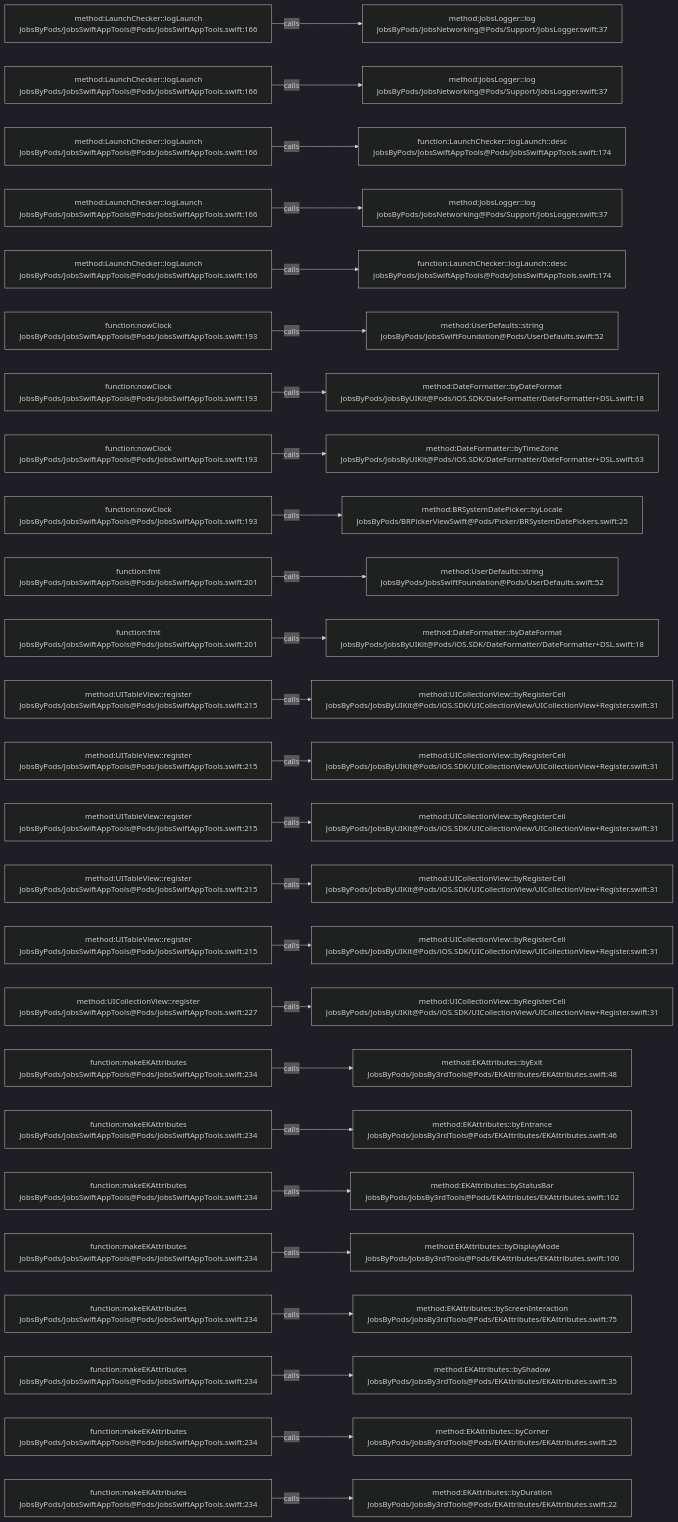
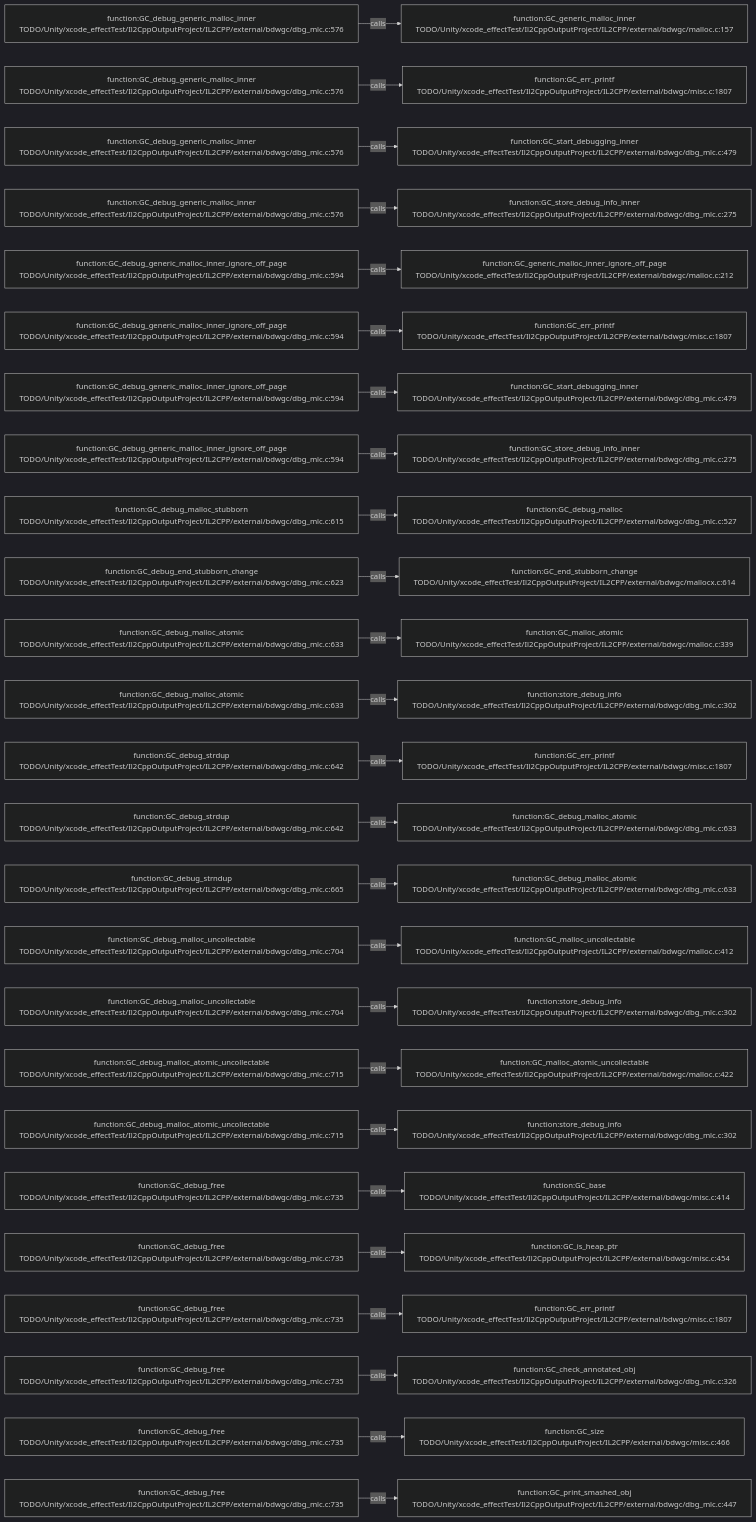
One commit to JobsKits/JobsSwiftBaseConfigDemo changed the diagram in .codegraph/codegraph.md/graphs/calls-167.md. Above: the diagram before and after it, drawn with Mermaid (dark theme). The commit also changed 569 other files, not shown here.

````diff
--- a/.codegraph/codegraph.md/graphs/calls-167.md
+++ b/.codegraph/codegraph.md/graphs/calls-167.md
@@ -13,78 +13,78 @@
 ```mermaid
 flowchart LR
-  S1["method:LaunchChecker::logLaunch<br/>JobsByPods/JobsSwiftAppTools@Pods/JobsSwiftAppTools.swift:166"]
-  T1["method:JobsLogger::log<br/>JobsByPods/JobsNetworking@Pods/Support/JobsLogger.swift:37"]
+  S1["function:GC_debug_generic_malloc_inner<br/>TODO/Unity/xcode_effectTest/Il2CppOutputProject/IL2CPP/external/bdwgc/dbg_mlc.c:576"]
+  T1["function:GC_generic_malloc_inner<br/>TODO/Unity/xcode_effectTest/Il2CppOutputProject/IL2CPP/external/bdwgc/malloc.c:157"]
   S1 -->|calls| T1
-  S2["method:LaunchChecker::logLaunch<br/>JobsByPods/JobsSwiftAppTools@Pods/JobsSwiftAppTools.swift:166"]
-  T2["method:JobsLogger::log<br/>JobsByPods/JobsNetworking@Pods/Support/JobsLogger.swift:37"]
+  S2["function:GC_debug_generic_malloc_inner<br/>TODO/Unity/xcode_effectTest/Il2CppOutputProject/IL2CPP/external/bdwgc/dbg_mlc.c:576"]
+  T2["function:GC_err_printf<br/>TODO/Unity/xcode_effectTest/Il2CppOutputProject/IL2CPP/external/bdwgc/misc.c:1807"]
   S2 -->|calls| T2
-  S3["method:LaunchChecker::logLaunch<br/>JobsByPods/JobsSwiftAppTools@Pods/JobsSwiftAppTools.swift:166"]
-  T3["function:LaunchChecker::logLaunch::desc<br/>JobsByPods/JobsSwiftAppTools@Pods/JobsSwiftAppTools.swift:174"]
+  S3["function:GC_debug_generic_malloc_inner<br/>TODO/Unity/xcode_effectTest/Il2CppOutputProject/IL2CPP/external/bdwgc/dbg_mlc.c:576"]
+  T3["function:GC_start_debugging_inner<br/>TODO/Unity/xcode_effectTest/Il2CppOutputProject/IL2CPP/external/bdwgc/dbg_mlc.c:479"]
   S3 -->|calls| T3
-  S4["method:LaunchChecker::logLaunch<br/>JobsByPods/JobsSwiftAppTools@Pods/JobsSwiftAppTools.swift:166"]
-  T4["method:JobsLogger::log<br/>JobsByPods/JobsNetworking@Pods/Support/JobsLogger.swift:37"]
+  S4["function:GC_debug_generic_malloc_inner<br/>TODO/Unity/xcode_effectTest/Il2CppOutputProject/IL2CPP/external/bdwgc/dbg_mlc.c:576"]
+  T4["function:GC_store_debug_info_inner<br/>TODO/Unity/xcode_effectTest/Il2CppOutputProject/IL2CPP/external/bdwgc/dbg_mlc.c:275"]
   S4 -->|calls| T4
-  S5["method:LaunchChecker::logLaunch<br/>JobsByPods/JobsSwiftAppTools@Pods/JobsSwiftAppTools.swift:166"]
-  T5["function:LaunchChecker::logLaunch::desc<br/>JobsByPods/JobsSwiftAppTools@Pods/JobsSwiftAppTools.swift:174"]
+  S5["function:GC_debug_generic_malloc_inner_ignore_off_page<br/>TODO/Unity/xcode_effectTest/Il2CppOutputProject/IL2CPP/external/bdwgc/dbg_mlc.c:594"]
+  T5["function:GC_generic_malloc_inner_ignore_off_page<br/>TODO/Unity/xcode_effectTest/Il2CppOutputProject/IL2CPP/external/bdwgc/malloc.c:212"]
   S5 -->|calls| T5
-  S6["function:nowClock<br/>JobsByPods/JobsSwiftAppTools@Pods/JobsSwiftAppTools.swift:193"]
-  T6["method:UserDefaults::string<br/>JobsByPods/JobsSwiftFoundation@Pods/UserDefaults.swift:52"]
+  S6["function:GC_debug_generic_malloc_inner_ignore_off_page<br/>TODO/Unity/xcode_effectTest/Il2CppOutputProject/IL2CPP/external/bdwgc/dbg_mlc.c:594"]
+  T6["function:GC_err_printf<br/>TODO/Unity/xcode_effectTest/Il2CppOutputProject/IL2CPP/external/bdwgc/misc.c:1807"]
   S6 -->|calls| T6
-  S7["function:nowClock<br/>JobsByPods/JobsSwiftAppTools@Pods/JobsSwiftAppTools.swift:193"]
-  T7["method:DateFormatter::byDateFormat<br/>JobsByPods/JobsByUIKit@Pods/iOS.SDK/DateFormatter/DateFormatter+DSL.swift:18"]
+  S7["function:GC_debug_generic_malloc_inner_ignore_off_page<br/>TODO/Unity/xcode_effectTest/Il2CppOutputProject/IL2CPP/external/bdwgc/dbg_mlc.c:594"]
+  T7["function:GC_start_debugging_inner<br/>TODO/Unity/xcode_effectTest/Il2CppOutputProject/IL2CPP/external/bdwgc/dbg_mlc.c:479"]
   S7 -->|calls| T7
-  S8["function:nowClock<br/>JobsByPods/JobsSwiftAppTools@Pods/JobsSwiftAppTools.swift:193"]
-  T8["method:DateFormatter::byTimeZone<br/>JobsByPods/JobsByUIKit@Pods/iOS.SDK/DateFormatter/DateFormatter+DSL.swift:63"]
+  S8["function:GC_debug_generic_malloc_inner_ignore_off_page<br/>TODO/Unity/xcode_effectTest/Il2CppOutputProject/IL2CPP/external/bdwgc/dbg_mlc.c:594"]
+  T8["function:GC_store_debug_info_inner<br/>TODO/Unity/xcode_effectTest/Il2CppOutputProject/IL2CPP/external/bdwgc/dbg_mlc.c:275"]
   S8 -->|calls| T8
-  S9["function:nowClock<br/>JobsByPods/JobsSwiftAppTools@Pods/JobsSwiftAppTools.swift:193"]
-  T9["method:BRSystemDatePicker::byLocale<br/>JobsByPods/BRPickerViewSwift@Pods/Picker/BRSystemDatePickers.swift:25"]
+  S9["function:GC_debug_malloc_stubborn<br/>TODO/Unity/xcode_effectTest/Il2CppOutputProject/IL2CPP/external/bdwgc/dbg_mlc.c:615"]
+  T9["function:GC_debug_malloc<br/>TODO/Unity/xcode_effectTest/Il2CppOutputProject/IL2CPP/external/bdwgc/dbg_mlc.c:527"]
   S9 -->|calls| T9
-  S10["function:fmt<br/>JobsByPods/JobsSwiftAppTools@Pods/JobsSwiftAppTools.swift:201"]
-  T10["method:UserDefaults::string<br/>JobsByPods/JobsSwiftFoundation@Pods/UserDefaults.swift:52"]
+  S10["function:GC_debug_end_stubborn_change<br/>TODO/Unity/xcode_effectTest/Il2CppOutputProject/IL2CPP/external/bdwgc/dbg_mlc.c:623"]
+  T10["function:GC_end_stubborn_change<br/>TODO/Unity/xcode_effectTest/Il2CppOutputProject/IL2CPP/external/bdwgc/mallocx.c:614"]
   S10 -->|calls| T10
-  S11["function:fmt<br/>JobsByPods/JobsSwiftAppTools@Pods/JobsSwiftAppTools.swift:201"]
-  T11["method:DateFormatter::byDateFormat<br/>JobsByPods/JobsByUIKit@Pods/iOS.SDK/DateFormatter/DateFormatter+DSL.swift:18"]
+  S11["function:GC_debug_malloc_atomic<br/>TODO/Unity/xcode_effectTest/Il2CppOutputProject/IL2CPP/external/bdwgc/dbg_mlc.c:633"]
+  T11["function:GC_malloc_atomic<br/>TODO/Unity/xcode_effectTest/Il2CppOutputProject/IL2CPP/external/bdwgc/malloc.c:339"]
   S11 -->|calls| T11
-  S12["method:UITableView::register<br/>JobsByPods/JobsSwiftAppTools@Pods/JobsSwiftAppTools.swift:215"]
-  T12["method:UICollectionView::byRegisterCell<br/>JobsByPods/JobsByUIKit@Pods/iOS.SDK/UICollectionView/UICollectionView+Register.swift:31"]
+  S12["function:GC_debug_malloc_atomic<br/>TODO/Unity/xcode_effectTest/Il2CppOutputProject/IL2CPP/external/bdwgc/dbg_mlc.c:633"]
+  T12["function:store_debug_info<br/>TODO/Unity/xcode_effectTest/Il2CppOutputProject/IL2CPP/external/bdwgc/dbg_mlc.c:302"]
   S12 -->|calls| T12
-  S13["method:UITableView::register<br/>JobsByPods/JobsSwiftAppTools@Pods/JobsSwiftAppTools.swift:215"]
-  T13["method:UICollectionView::byRegisterCell<br/>JobsByPods/JobsByUIKit@Pods/iOS.SDK/UICollectionView/UICollectionView+Register.swift:31"]
+  S13["function:GC_debug_strdup<br/>TODO/Unity/xcode_effectTest/Il2CppOutputProject/IL2CPP/external/bdwgc/dbg_mlc.c:642"]
+  T13["function:GC_err_printf<br/>TODO/Unity/xcode_effectTest/Il2CppOutputProject/IL2CPP/external/bdwgc/misc.c:1807"]
   S13 -->|calls| T13
-  S14["method:UITableView::register<br/>JobsByPods/JobsSwiftAppTools@Pods/JobsSwiftAppTools.swift:215"]
-  T14["method:UICollectionView::byRegisterCell<br/>JobsByPods/JobsByUIKit@Pods/iOS.SDK/UICollectionView/UICollectionView+Register.swift:31"]
+  S14["function:GC_debug_strdup<br/>TODO/Unity/xcode_effectTest/Il2CppOutputProject/IL2CPP/external/bdwgc/dbg_mlc.c:642"]
+  T14["function:GC_debug_malloc_atomic<br/>TODO/Unity/xcode_effectTest/Il2CppOutputProject/IL2CPP/external/bdwgc/dbg_mlc.c:633"]
   S14 -->|calls| T14
-  S15["method:UITableView::register<br/>JobsByPods/JobsSwiftAppTools@Pods/JobsSwiftAppTools.swift:215"]
-  T15["method:UICollectionView::byRegisterCell<br/>JobsByPods/JobsByUIKit@Pods/iOS.SDK/UICollectionView/UICollectionView+Register.swift:31"]
+  S15["function:GC_debug_strndup<br/>TODO/Unity/xcode_effectTest/Il2CppOutputProject/IL2CPP/external/bdwgc/dbg_mlc.c:665"]
+  T15["function:GC_debug_malloc_atomic<br/>TODO/Unity/xcode_effectTest/Il2CppOutputProject/IL2CPP/external/bdwgc/dbg_mlc.c:633"]
   S15 -->|calls| T15
-  S16["method:UITableView::register<br/>JobsByPods/JobsSwiftAppTools@Pods/JobsSwiftAppTools.swift:215"]
-  T16["method:UICollectionView::byRegisterCell<br/>JobsByPods/JobsByUIKit@Pods/iOS.SDK/UICollectionView/UICollectionView+Register.swift:31"]
+  S16["function:GC_debug_malloc_uncollectable<br/>TODO/Unity/xcode_effectTest/Il2CppOutputProject/IL2CPP/external/bdwgc/dbg_mlc.c:704"]
+  T16["function:GC_malloc_uncollectable<br/>TODO/Unity/xcode_effectTest/Il2CppOutputProject/IL2CPP/external/bdwgc/malloc.c:412"]
   S16 -->|calls| T16
-  S17["method:UICollectionView::register<br/>JobsByPods/JobsSwiftAppTools@Pods/JobsSwiftAppTools.swift:227"]
-  T17["method:UICollectionView::byRegisterCell<br/>JobsByPods/JobsByUIKit@Pods/iOS.SDK/UICollectionView/UICollectionView+Register.swift:31"]
+  S17["function:GC_debug_malloc_uncollectable<br/>TODO/Unity/xcode_effectTest/Il2CppOutputProject/IL2CPP/external/bdwgc/dbg_mlc.c:704"]
+  T17["function:store_debug_info<br/>TODO/Unity/xcode_effectTest/Il2CppOutputProject/IL2CPP/external/bdwgc/dbg_mlc.c:302"]
   S17 -->|calls| T17
-  S18["function:makeEKAttributes<br/>JobsByPods/JobsSwiftAppTools@Pods/JobsSwiftAppTools.swift:234"]
-  T18["method:EKAttributes::byExit<br/>JobsByPods/JobsBy3rdTools@Pods/EKAttributes/EKAttributes.swift:48"]
+  S18["function:GC_debug_malloc_atomic_uncollectable<br/>TODO/Unity/xcode_effectTest/Il2CppOutputProject/IL2CPP/external/bdwgc/dbg_mlc.c:715"]
+  T18["function:GC_malloc_atomic_uncollectable<br/>TODO/Unity/xcode_effectTest/Il2CppOutputProject/IL2CPP/external/bdwgc/malloc.c:422"]
   S18 -->|calls| T18
-  S19["function:makeEKAttributes<br/>JobsByPods/JobsSwiftAppTools@Pods/JobsSwiftAppTools.swift:234"]
-  T19["method:EKAttributes::byEntrance<br/>JobsByPods/JobsBy3rdTools@Pods/EKAttributes/EKAttributes.swift:46"]
+  S19["function:GC_debug_malloc_atomic_uncollectable<br/>TODO/Unity/xcode_effectTest/Il2CppOutputProject/IL2CPP/external/bdwgc/dbg_mlc.c:715"]
+  T19["function:store_debug_info<br/>TODO/Unity/xcode_effectTest/Il2CppOutputProject/IL2CPP/external/bdwgc/dbg_mlc.c:302"]
   S19 -->|calls| T19
-  S20["function:makeEKAttributes<br/>JobsByPods/JobsSwiftAppTools@Pods/JobsSwiftAppTools.swift:234"]
-  T20["method:EKAttributes::byStatusBar<br/>JobsByPods/JobsBy3rdTools@Pods/EKAttributes/EKAttributes.swift:102"]
+  S20["function:GC_debug_free<br/>TODO/Unity/xcode_effectTest/Il2CppOutputProject/IL2CPP/external/bdwgc/dbg_mlc.c:735"]
+  T20["function:GC_base<br/>TODO/Unity/xcode_effectTest/Il2CppOutputProject/IL2CPP/external/bdwgc/misc.c:414"]
   S20 -->|calls| T20
-  S21["function:makeEKAttributes<br/>JobsByPods/JobsSwiftAppTools@Pods/JobsSwiftAppTools.swift:234"]
-  T21["method:EKAttributes::byDisplayMode<br/>JobsByPods/JobsBy3rdTools@Pods/EKAttributes/EKAttributes.swift:100"]
+  S21["function:GC_debug_free<br/>TODO/Unity/xcode_effectTest/Il2CppOutputProject/IL2CPP/external/bdwgc/dbg_mlc.c:735"]
+  T21["function:GC_is_heap_ptr<br/>TODO/Unity/xcode_effectTest/Il2CppOutputProject/IL2CPP/external/bdwgc/misc.c:454"]
   S21 -->|calls| T21
-  S22["function:makeEKAttributes<br/>JobsByPods/JobsSwiftAppTools@Pods/JobsSwiftAppTools.swift:234"]
-  T22["method:EKAttributes::byScreenInteraction<br/>JobsByPods/JobsBy3rdTools@Pods/EKAttributes/EKAttributes.swift:75"]
+  S22["function:GC_debug_free<br/>TODO/Unity/xcode_effectTest/Il2CppOutputProject/IL2CPP/external/bdwgc/dbg_mlc.c:735"]
+  T22["function:GC_err_printf<br/>TODO/Unity/xcode_effectTest/Il2CppOutputProject/IL2CPP/external/bdwgc/misc.c:1807"]
   S22 -->|calls| T22
-  S23["function:makeEKAttributes<br/>JobsByPods/JobsSwiftAppTools@Pods/JobsSwiftAppTools.swift:234"]
-  T23["method:EKAttributes::byShadow<br/>JobsByPods/JobsBy3rdTools@Pods/EKAttributes/EKAttributes.swift:35"]
+  S23["function:GC_debug_free<br/>TODO/Unity/xcode_effectTest/Il2CppOutputProject/IL2CPP/external/bdwgc/dbg_mlc.c:735"]
+  T23["function:GC_check_annotated_obj<br/>TODO/Unity/xcode_effectTest/Il2CppOutputProject/IL2CPP/external/bdwgc/dbg_mlc.c:326"]
   S23 -->|calls| T23
-  S24["function:makeEKAttributes<br/>JobsByPods/JobsSwiftAppTools@Pods/JobsSwiftAppTools.swift:234"]
-  T24["method:EKAttributes::byCorner<br/>JobsByPods/JobsBy3rdTools@Pods/EKAttributes/EKAttributes.swift:25"]
+  S24["function:GC_debug_free<br/>TODO/Unity/xcode_effectTest/Il2CppOutputProject/IL2CPP/external/bdwgc/dbg_mlc.c:735"]
+  T24["function:GC_size<br/>TODO/Unity/xcode_effectTest/Il2CppOutputProject/IL2CPP/external/bdwgc/misc.c:466"]
   S24 -->|calls| T24
-  S25["function:makeEKAttributes<br/>JobsByPods/JobsSwiftAppTools@Pods/JobsSwiftAppTools.swift:234"]
-  T25["method:EKAttributes::byDuration<br/>JobsByPods/JobsBy3rdTools@Pods/EKAttributes/EKAttributes.swift:22"]
+  S25["function:GC_debug_free<br/>TODO/Unity/xcode_effectTest/Il2CppOutputProject/IL2CPP/external/bdwgc/dbg_mlc.c:735"]
+  T25["function:GC_print_smashed_obj<br/>TODO/Unity/xcode_effectTest/Il2CppOutputProject/IL2CPP/external/bdwgc/dbg_mlc.c:447"]
   S25 -->|calls| T25
 ```
````
